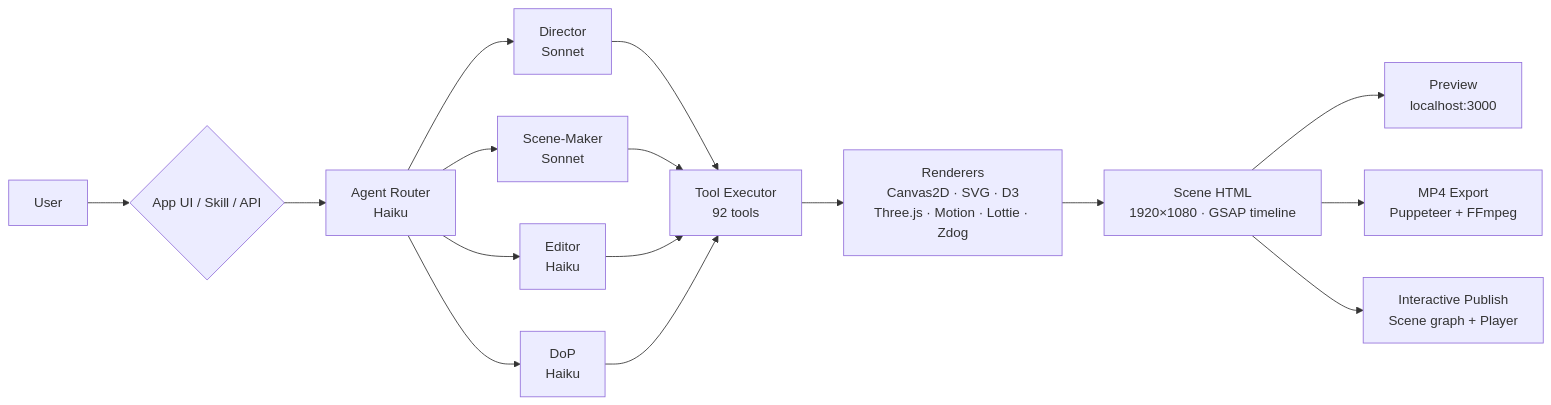
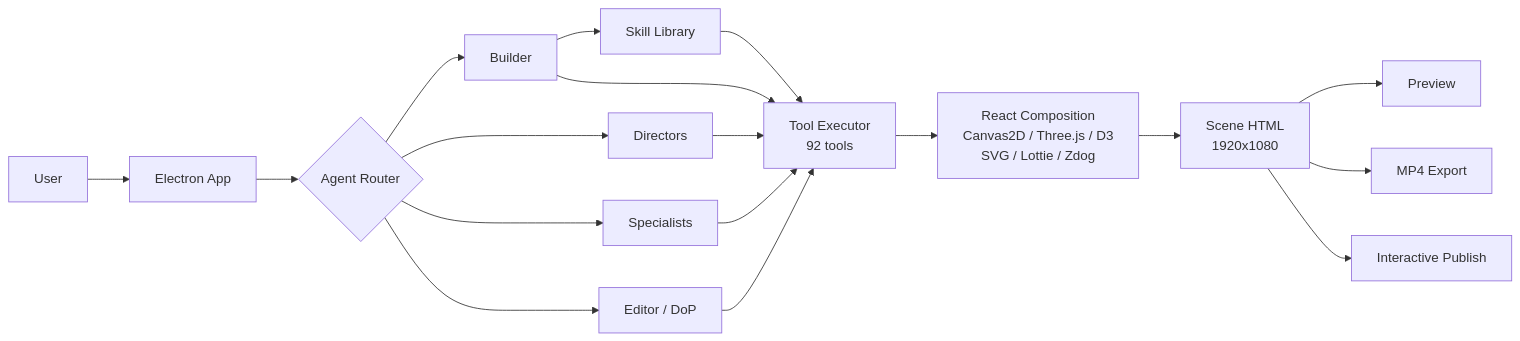
One commit to danrublop/cenchstudio changed the diagram in README.md. Above: the diagram before and after it, drawn with Mermaid. The commit also changed other lines of this file, not shown here.

First line of the commit message:
Rewrite README to reflect current architecture

````diff
--- a/README.md
+++ b/README.md
@@ -35,18 +67,20 @@
 ```mermaid
 graph LR
-    A[User] --> B{App UI / Skill / API}
-    B --> C[Agent Router<br/>Haiku]
-    C --> D[Director<br/>Sonnet]
-    C --> E[Scene-Maker<br/>Sonnet]
-    C --> F[Editor<br/>Haiku]
-    C --> G[DoP<br/>Haiku]
+    A[User] --> B[Electron App]
+    B --> C{Agent Router}
+    C --> D[Builder]
+    C --> E[Directors]
+    C --> F[Specialists]
+    C --> G[Editor / DoP]
+    D --> S[Skill Library]
+    S --> H
     D --> H[Tool Executor<br/>92 tools]
     E --> H
     F --> H
     G --> H
-    H --> I[Renderers<br/>Canvas2D · SVG · D3<br/>Three.js · Motion · Lottie · Zdog]
-    I --> J[Scene HTML<br/>1920×1080 · GSAP timeline]
-    J --> K[Preview<br/>localhost:3000]
-    J --> L[MP4 Export<br/>Puppeteer + FFmpeg]
-    J --> M[Interactive Publish<br/>Scene graph + Player]
+    H --> I[React Composition<br/>Canvas2D / Three.js / D3<br/>SVG / Lottie / Zdog]
+    I --> J[Scene HTML<br/>1920x1080]
+    J --> K[Preview]
+    J --> L[MP4 Export]
+    J --> M[Interactive Publish]
 ```
````
